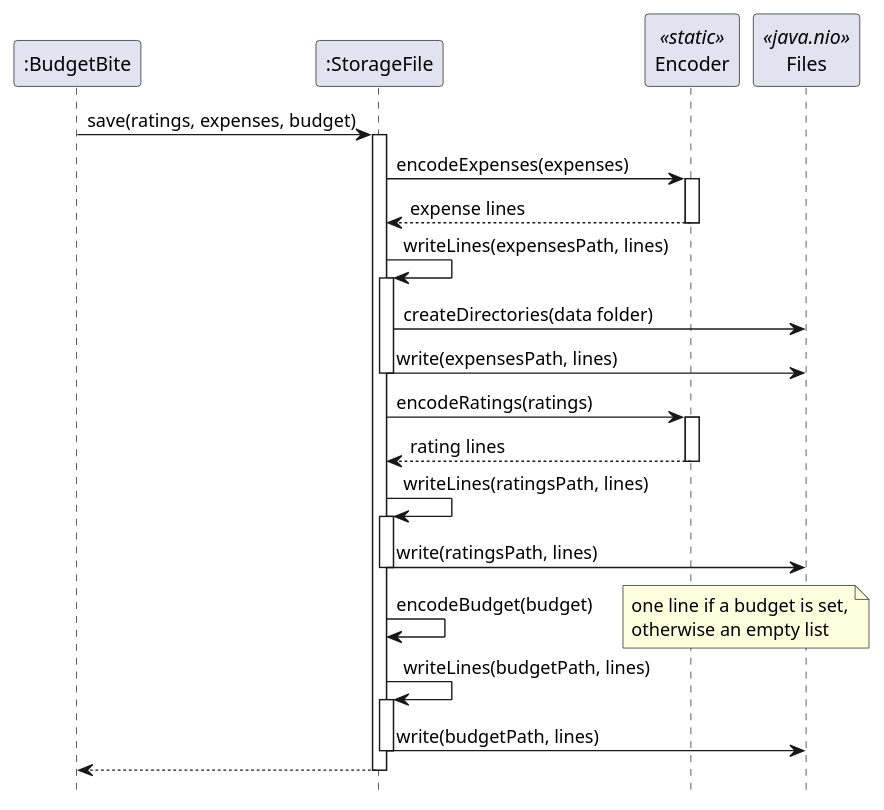
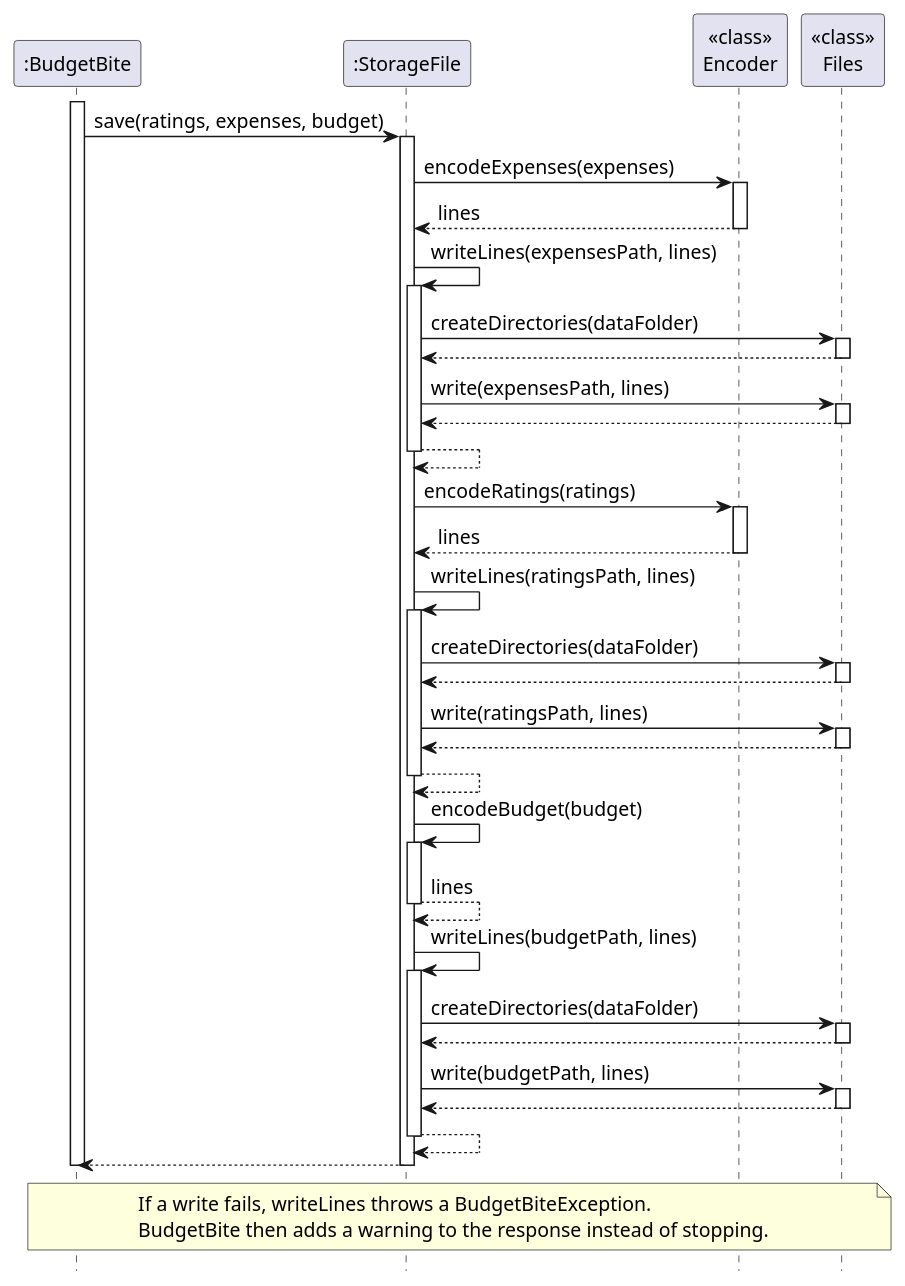
Before and after one commit to AY2627S1-CS2113-W10-3/tp: the diagram in docs/diagrams/SaveSequenceDiagram.puml, drawn with PlantUML. The commit also changed 14 other files, not shown here.

```diff
--- a/docs/diagrams/SaveSequenceDiagram.puml
+++ b/docs/diagrams/SaveSequenceDiagram.puml
@@ -1,45 +1,75 @@
 @startuml
-!pragma layout smetana
+' StorageFile#save writes the three data files, creating the data folder first if needed.
 skinparam shadowing false
+skinparam defaultFontSize 14
 hide footbox
 
-participant ":BudgetBite" as BB
-participant ":StorageFile" as SF
-participant "Encoder" as Enc <<static>>
-participant "Files" as Files <<java.nio>>
+participant ":BudgetBite" as Main
+participant ":StorageFile" as S
+participant "<<class>>\nEncoder" as En
+participant "<<class>>\nFiles" as F
 
-BB -> SF : save(ratings, expenses, budget)
-activate SF
+activate Main
+Main -> S : save(ratings, expenses, budget)
+activate S
 
-SF -> Enc : encodeExpenses(expenses)
-activate Enc
-Enc --> SF : expense lines
-deactivate Enc
-SF -> SF : writeLines(expensesPath, lines)
-activate SF
-SF -> Files : createDirectories(data folder)
-SF -> Files : write(expensesPath, lines)
-deactivate SF
+S -> En : encodeExpenses(expenses)
+activate En
+En --> S : lines
+deactivate En
+S -> S : writeLines(expensesPath, lines)
+activate S
+S -> F : createDirectories(dataFolder)
+activate F
+F --> S
+deactivate F
+S -> F : write(expensesPath, lines)
+activate F
+F --> S
+deactivate F
+S --> S
+deactivate S
 
-SF -> Enc : encodeRatings(ratings)
-activate Enc
-Enc --> SF : rating lines
-deactivate Enc
-SF -> SF : writeLines(ratingsPath, lines)
-activate SF
-SF -> Files : write(ratingsPath, lines)
-deactivate SF
+S -> En : encodeRatings(ratings)
+activate En
+En --> S : lines
+deactivate En
+S -> S : writeLines(ratingsPath, lines)
+activate S
+S -> F : createDirectories(dataFolder)
+activate F
+F --> S
+deactivate F
+S -> F : write(ratingsPath, lines)
+activate F
+F --> S
+deactivate F
+S --> S
+deactivate S
 
-SF -> SF : encodeBudget(budget)
-note right
-  one line if a budget is set,
-  otherwise an empty list
+S -> S : encodeBudget(budget)
+activate S
+S --> S : lines
+deactivate S
+S -> S : writeLines(budgetPath, lines)
+activate S
+S -> F : createDirectories(dataFolder)
+activate F
+F --> S
+deactivate F
+S -> F : write(budgetPath, lines)
+activate F
+F --> S
+deactivate F
+S --> S
+deactivate S
+
+S --> Main
+deactivate S
+deactivate Main
+
+note over Main, F
+  If a write fails, writeLines throws a BudgetBiteException.
+  BudgetBite then adds a warning to the response instead of stopping.
 end note
-SF -> SF : writeLines(budgetPath, lines)
-activate SF
-SF -> Files : write(budgetPath, lines)
-deactivate SF
-
-SF --> BB
-deactivate SF
 @enduml
```
